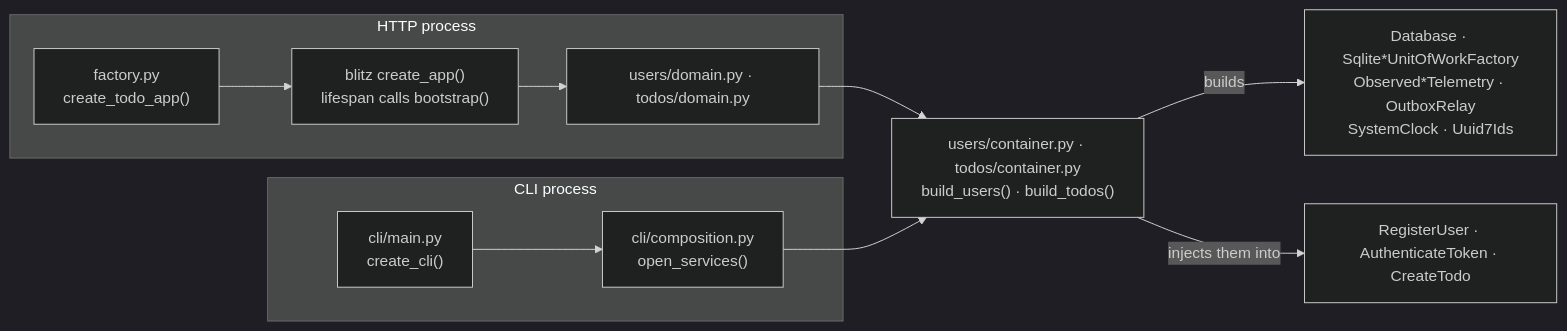
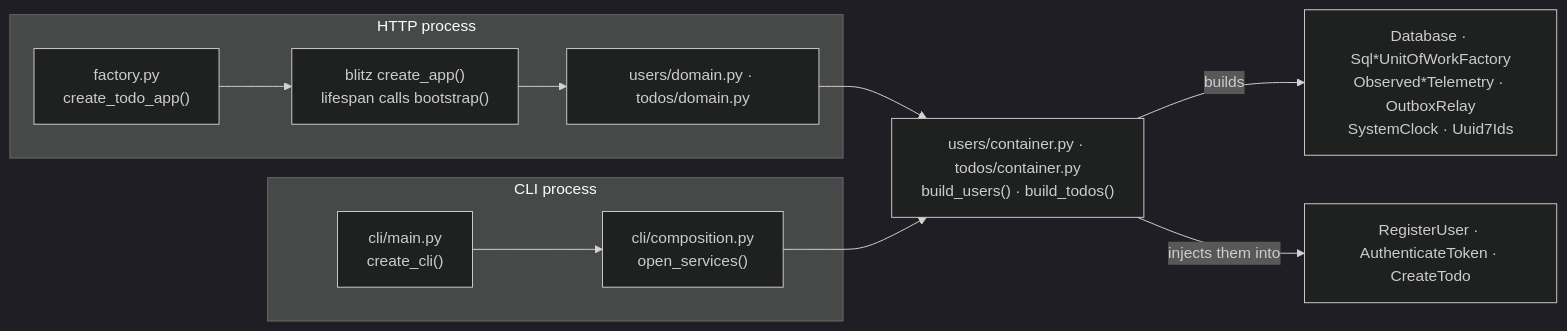
Before and after one commit to ashforge-rs/blitz: the third of 6 diagrams in examples/todo/README.md, drawn with Mermaid (dark theme). The commit also changed other lines of this file and 67 other files, not shown here.

````diff
--- a/examples/todo/README.md
+++ b/examples/todo/README.md
@@ -262,19 +278,19 @@
 ```mermaid
 flowchart LR
     containers["users/container.py · todos/container.py<br/>build_users() · build_todos()"]
-    concrete["Database · Sqlite*UnitOfWorkFactory<br/>Observed*Telemetry · OutboxRelay<br/>SystemClock · Uuid7Ids"]
+    concrete["Database · Sql*UnitOfWorkFactory<br/>Observed*Telemetry · OutboxRelay<br/>SystemClock · Uuid7Ids"]
     usecases["RegisterUser · AuthenticateToken · CreateTodo"]
 
     subgraph httpproc ["HTTP process"]
         factory["factory.py<br/>create_todo_app()"] --> lifespan["blitz create_app()<br/>lifespan calls bootstrap()"]
         lifespan --> domainmods["users/domain.py · todos/domain.py"]
     end
     subgraph cliproc ["CLI process"]
         climain["cli/main.py<br/>create_cli()"] --> opensvc["cli/composition.py<br/>open_services()"]
     end
 
     domainmods --> containers
     opensvc --> containers
     containers -- builds --> concrete
     containers -- injects them into --> usecases
 ```
````
